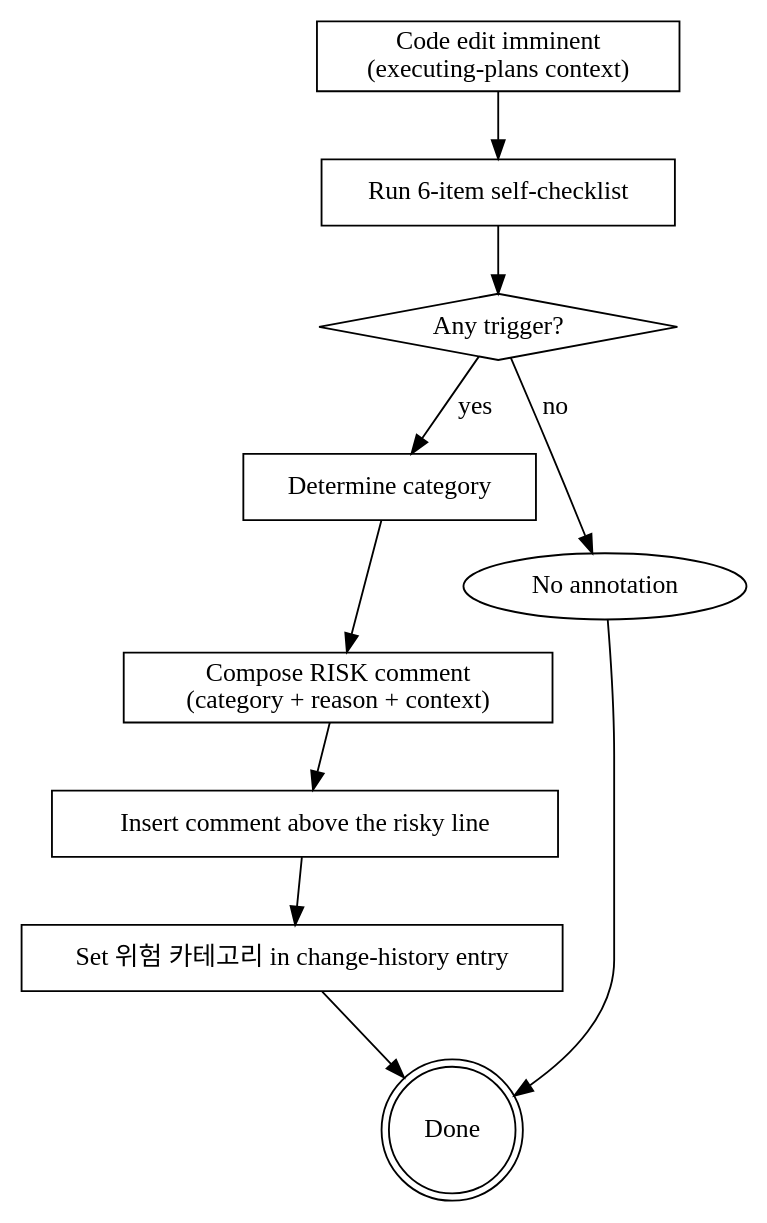
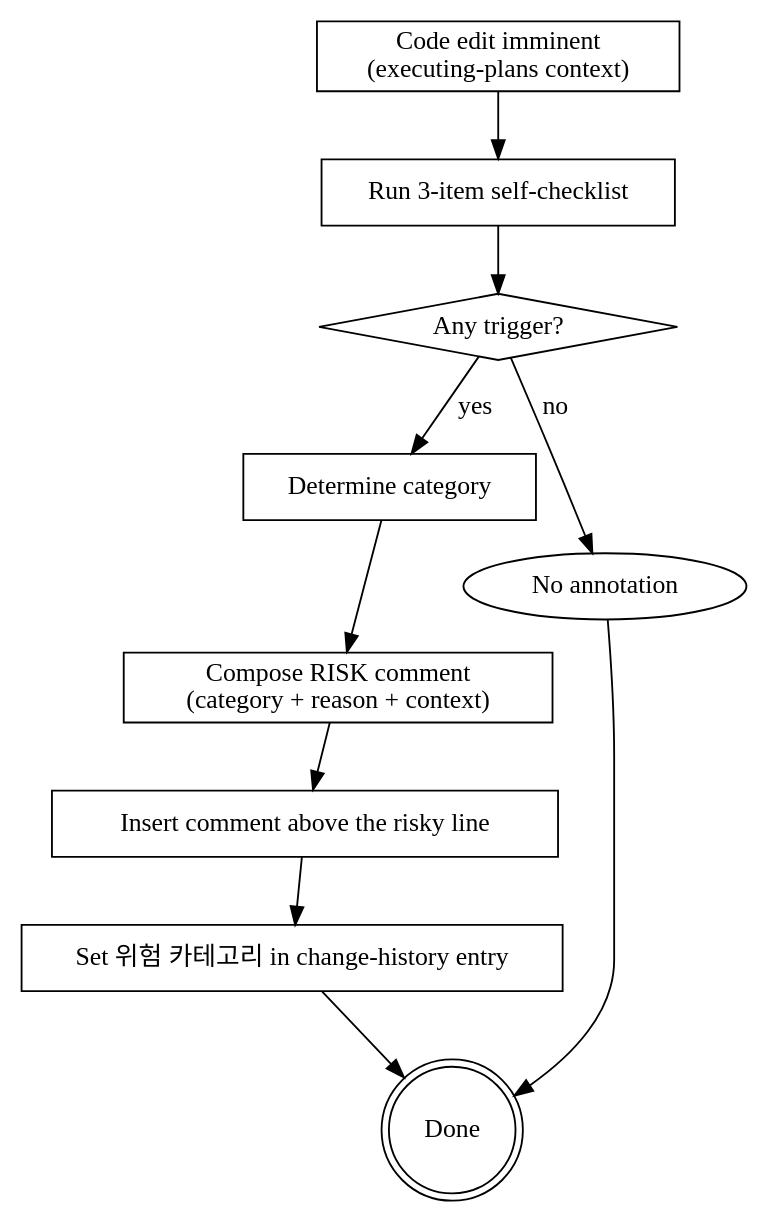
The diagram in skills/risk-annotation/SKILL.md (deokjinlog/intent-locked-workflow), drawn with Graphviz before and after one commit. The commit also changed other lines of this file and 12 other files, not shown here.

First line of the commit message:
워크플로우 개선 (위험 카테고리 / git-fast / docs-pretty / dual-mode 등)

````diff
--- a/skills/risk-annotation/SKILL.md
+++ b/skills/risk-annotation/SKILL.md
@@ -70,23 +73,23 @@
 ```dot
 digraph risk_flow {
     "Code edit imminent\n(executing-plans context)" [shape=box];
-    "Run 6-item self-checklist" [shape=box];
+    "Run 3-item self-checklist" [shape=box];
     "Any trigger?" [shape=diamond];
     "Determine category" [shape=box];
     "Compose RISK comment\n(category + reason + context)" [shape=box];
     "Insert comment above the risky line" [shape=box];
     "Set 위험 카테고리 in change-history entry" [shape=box];
     "No annotation" [shape=oval];
     "Done" [shape=doublecircle];
 
-    "Code edit imminent\n(executing-plans context)" -> "Run 6-item self-checklist";
-    "Run 6-item self-checklist" -> "Any trigger?";
+    "Code edit imminent\n(executing-plans context)" -> "Run 3-item self-checklist";
+    "Run 3-item self-checklist" -> "Any trigger?";
     "Any trigger?" -> "Determine category" [label="yes"];
     "Any trigger?" -> "No annotation" [label="no"];
     "Determine category" -> "Compose RISK comment\n(category + reason + context)";
     "Compose RISK comment\n(category + reason + context)" -> "Insert comment above the risky line";
     "Insert comment above the risky line" -> "Set 위험 카테고리 in change-history entry";
     "Set 위험 카테고리 in change-history entry" -> "Done";
     "No annotation" -> "Done";
 }
 ```
````
